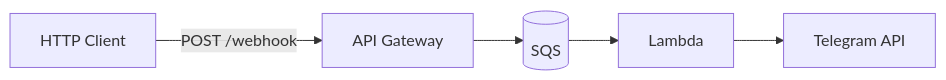
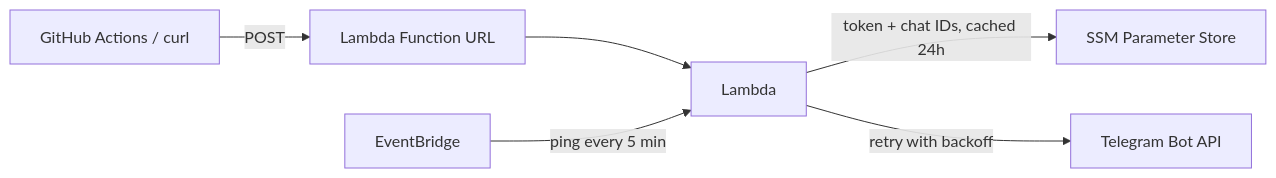
One commit to domengabrovsek/telegram-notify-bot changed the diagram in README.md. Above: the diagram before and after it, drawn with Mermaid. The commit also changed other lines of this file, not shown here.

First line of the commit message:
docs: rewrite README against the deployed Function URL architecture (#95)

````diff
--- a/README.md
+++ b/README.md
@@ -7,13 +7,15 @@
 ```mermaid
 flowchart LR
-    Caller[HTTP Client]
-    APIGW[API Gateway]
-    SQS[(SQS)]
+    Caller[GitHub Actions / curl]
+    URL[Lambda Function URL]
     Lambda[Lambda]
-    Telegram[Telegram API]
+    SSM[SSM Parameter Store]
+    Telegram[Telegram Bot API]
+    EB[EventBridge]
 
-    Caller -- POST /webhook --> APIGW
-    APIGW --> SQS
-    SQS --> Lambda
-    Lambda --> Telegram
+    Caller -- POST --> URL
+    URL --> Lambda
+    Lambda -- token + chat IDs, cached 24h --> SSM
+    Lambda -- retry with backoff --> Telegram
+    EB -- ping every 5 min --> Lambda
 ```
````
